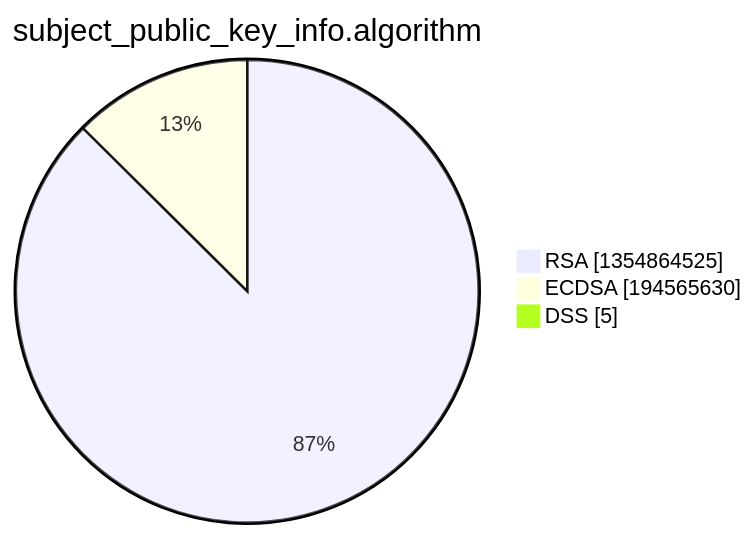
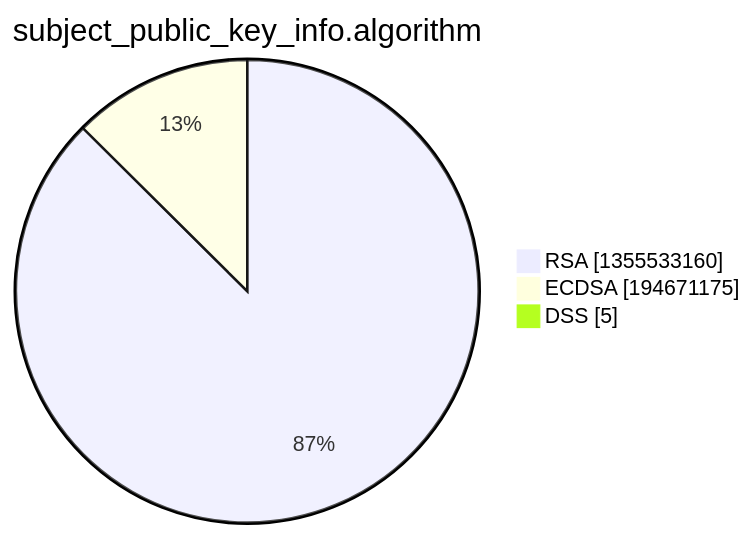
Before and after one commit to christiankrug/ctmonitor_visualization: the third of 15 diagrams in xenon2022/README.md, drawn with Mermaid. The commit also changed other lines of this file, not shown here.

````diff
--- a/xenon2022/README.md
+++ b/xenon2022/README.md
@@ -14,7 +14,7 @@
 ```mermaid
 pie showData
 title subject_public_key_info.algorithm
-"RSA" :1354864525
-"ECDSA" :194565630
+"RSA" :1355533160
+"ECDSA" :194671175
 "DSS" :5
 ```
````
